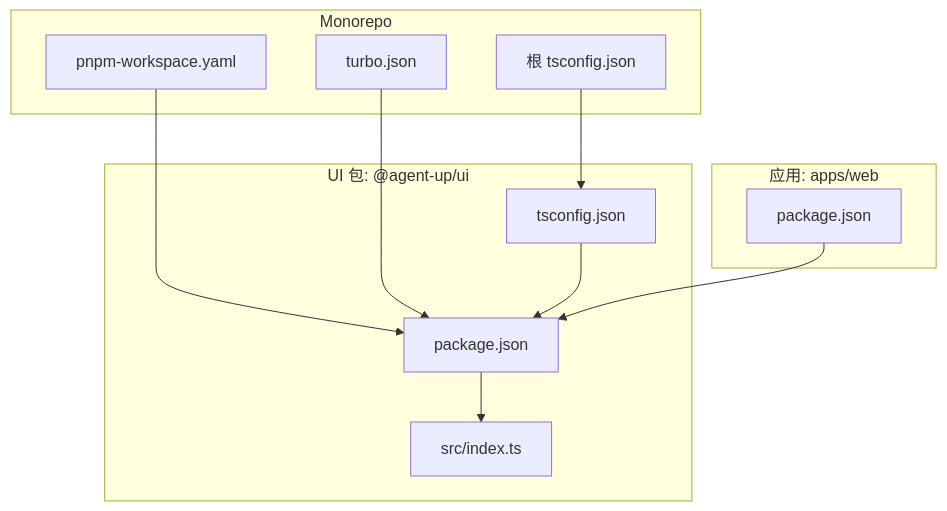
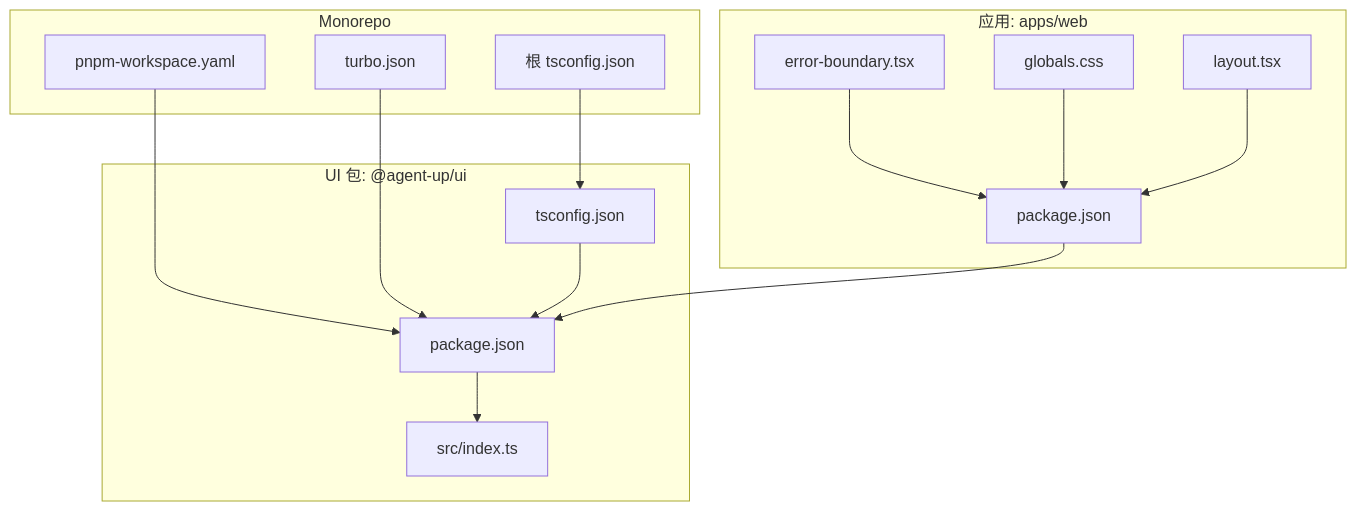
The first of 4 diagrams in .qoder/repowiki/zh/content/共享包开发/UI Component Library 包.md (ai-guru-global/agent-up), drawn with Mermaid before and after one commit. The commit also changed other lines of this file and 105 other files, not shown here.

````diff
--- a/.qoder/repowiki/zh/content/共享包开发/UI Component Library 包.md
+++ b/.qoder/repowiki/zh/content/共享包开发/UI Component Library 包.md
@@ -37,22 +47,28 @@
 ```mermaid
 graph TB
 subgraph "Monorepo"
 A["pnpm-workspace.yaml"]
 B["turbo.json"]
 C["根 tsconfig.json"]
 end
 subgraph "UI 包: @agent-up/ui"
 U1["package.json"]
 U2["tsconfig.json"]
 U3["src/index.ts"]
 end
 subgraph "应用: apps/web"
 W1["package.json"]
+W2["error-boundary.tsx"]
+W3["globals.css"]
+W4["layout.tsx"]
 end
 A --> U1
 B --> U1
 C --> U2
 U2 --> U1
 U1 --> U3
 W1 --> U1
+W2 --> W1
+W3 --> W1
+W4 --> W1
 ```
````
